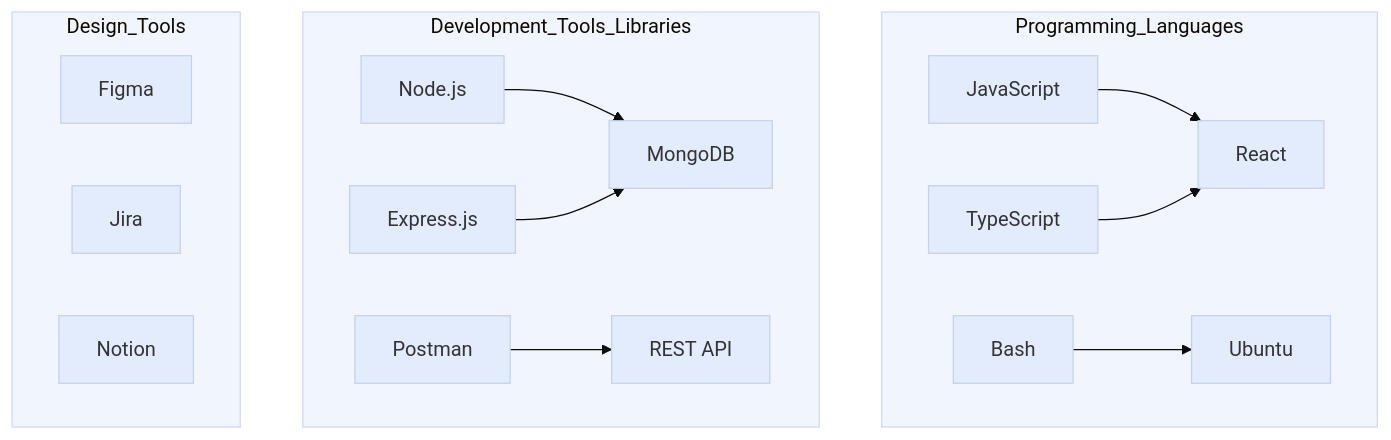
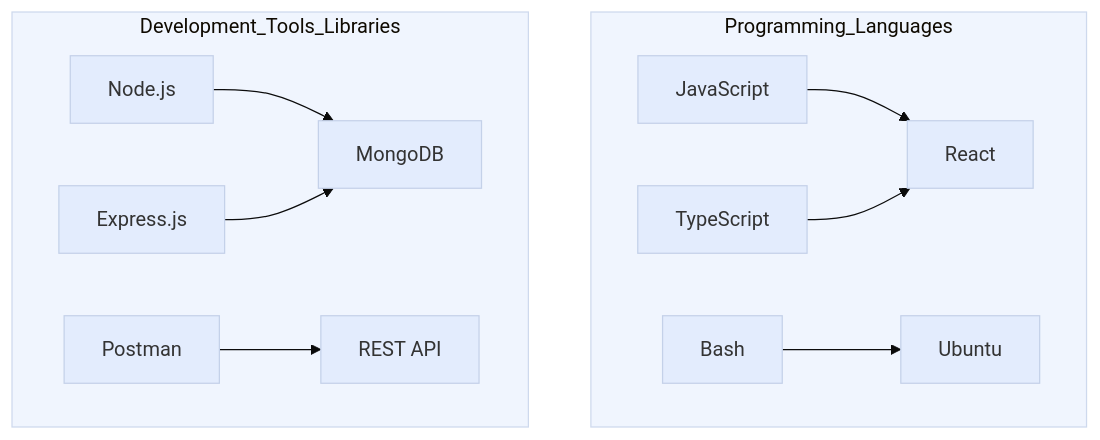
Before and after one commit to alejandroo-pc/alejandroo-pc: the diagram in README.md, drawn with Mermaid.

````diff
--- a/README.md
+++ b/README.md
@@ -11,29 +11,23 @@
 ```mermaid
 %%{
   init: {
     'theme': 'base',
     'themeVariables': {
       'primaryColor': '#E3ECFD',
       'tertiaryColor': '#F0F5FE'
     }
   }
 }%%
 graph TD;
     subgraph Programming_Languages
         A[JavaScript] --> B[React]
         C[TypeScript] --> B[React]
         D[Bash] --> E[Ubuntu]
     end
 
     subgraph Development_Tools_Libraries
         F[Node.js] --> G[MongoDB]
         H[Express.js] --> G[MongoDB]
         I[Postman] --> J[REST API]
     end
-    
-    subgraph Design_Tools
-        K[Figma] 
-        L[Jira]
-        M[Notion]
-    end
 ```
````
